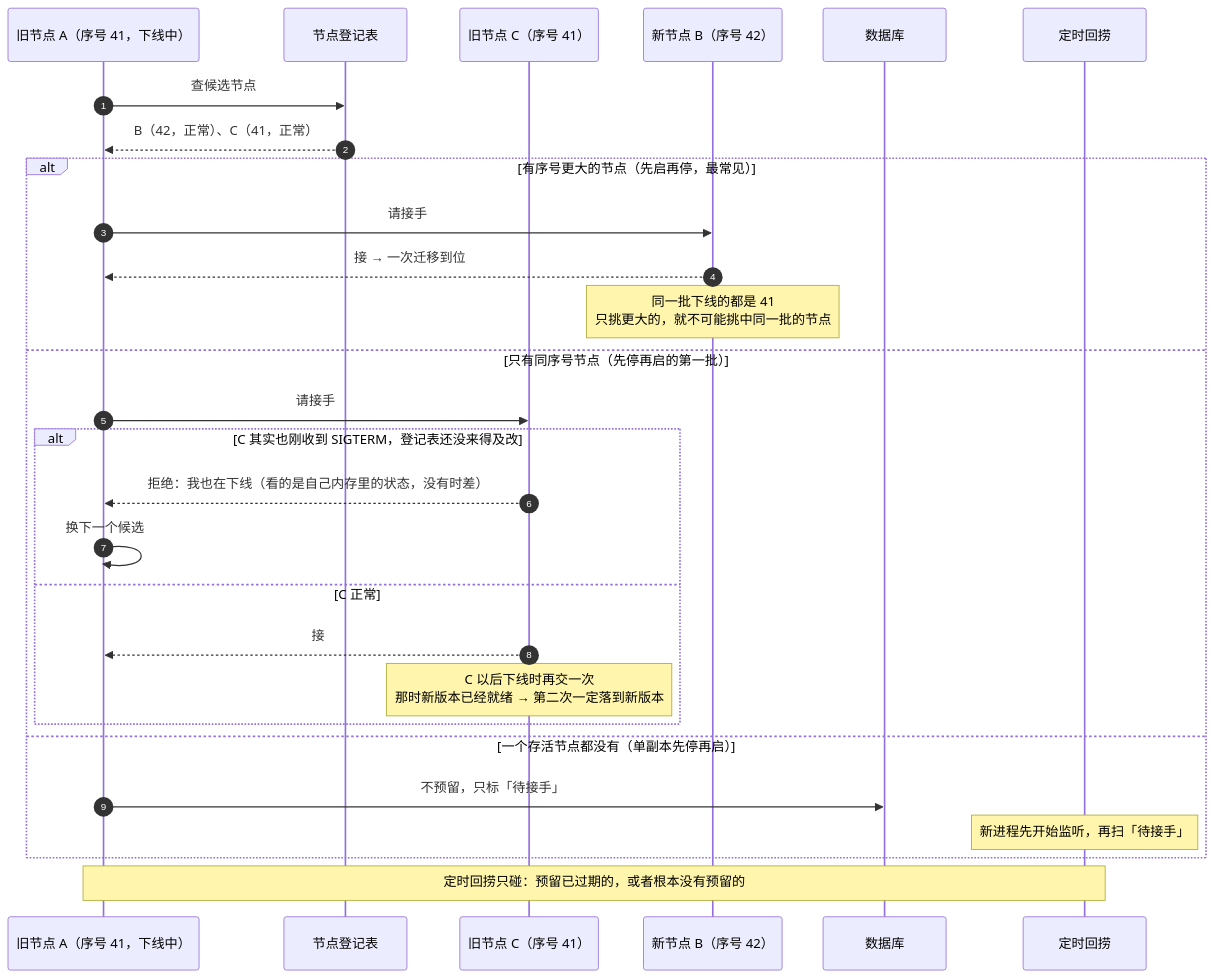
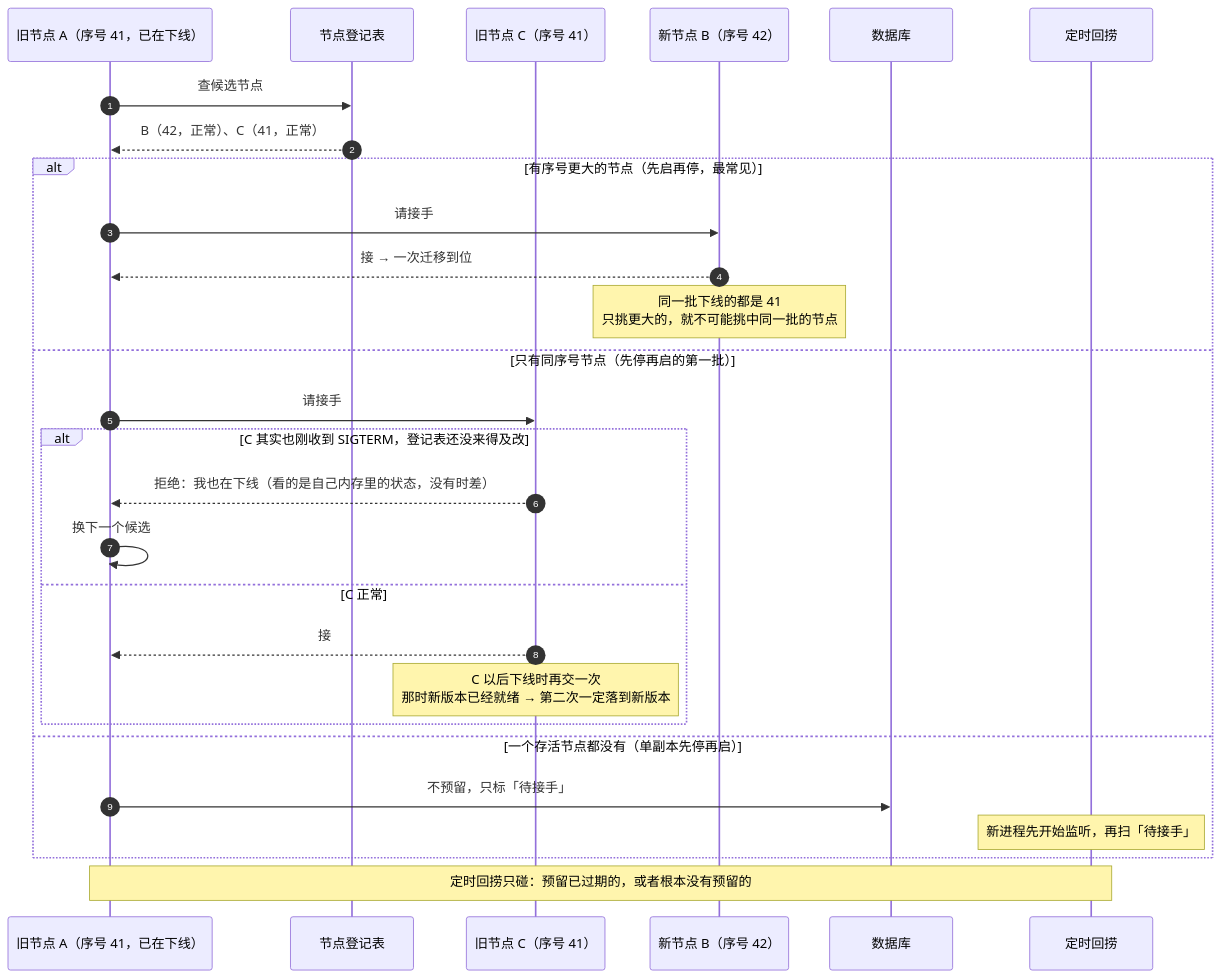
One commit to ludafa/runko changed the fifth of 5 diagrams in docs/logic/orchestration/tech/handover.md. Above: the diagram before and after it, drawn with Mermaid. The commit also changed other lines of this file and 5 other files, not shown here.

````diff
--- a/docs/logic/orchestration/tech/handover.md
+++ b/docs/logic/orchestration/tech/handover.md
@@ -421,33 +446,33 @@
 ```mermaid
 sequenceDiagram
     autonumber
-    participant A as 旧节点 A（序号 41，下线中）
+    participant A as 旧节点 A（序号 41，已在下线）
     participant R as 节点登记表
     participant C as 旧节点 C（序号 41）
     participant B as 新节点 B（序号 42）
     participant DB as 数据库
     participant W as 定时回捞
 
     A->>R: 查候选节点
     R-->>A: B（42，正常）、C（41，正常）
 
     alt 有序号更大的节点（先启再停，最常见）
         A->>B: 请接手
         B-->>A: 接 → 一次迁移到位
         Note over B: 同一批下线的都是 41<br/>只挑更大的，就不可能挑中同一批的节点
     else 只有同序号节点（先停再启的第一批）
         A->>C: 请接手
         alt C 其实也刚收到 SIGTERM，登记表还没来得及改
             C-->>A: 拒绝：我也在下线（看的是自己内存里的状态，没有时差）
             A->>A: 换下一个候选
         else C 正常
             C-->>A: 接
             Note over C: C 以后下线时再交一次<br/>那时新版本已经就绪 → 第二次一定落到新版本
         end
     else 一个存活节点都没有（单副本先停再启）
         A->>DB: 不预留，只标「待接手」
         Note over W: 新进程先开始监听，再扫「待接手」
     end
 
     Note over A,W: 定时回捞只碰：预留已过期的，或者根本没有预留的
 ```
````
